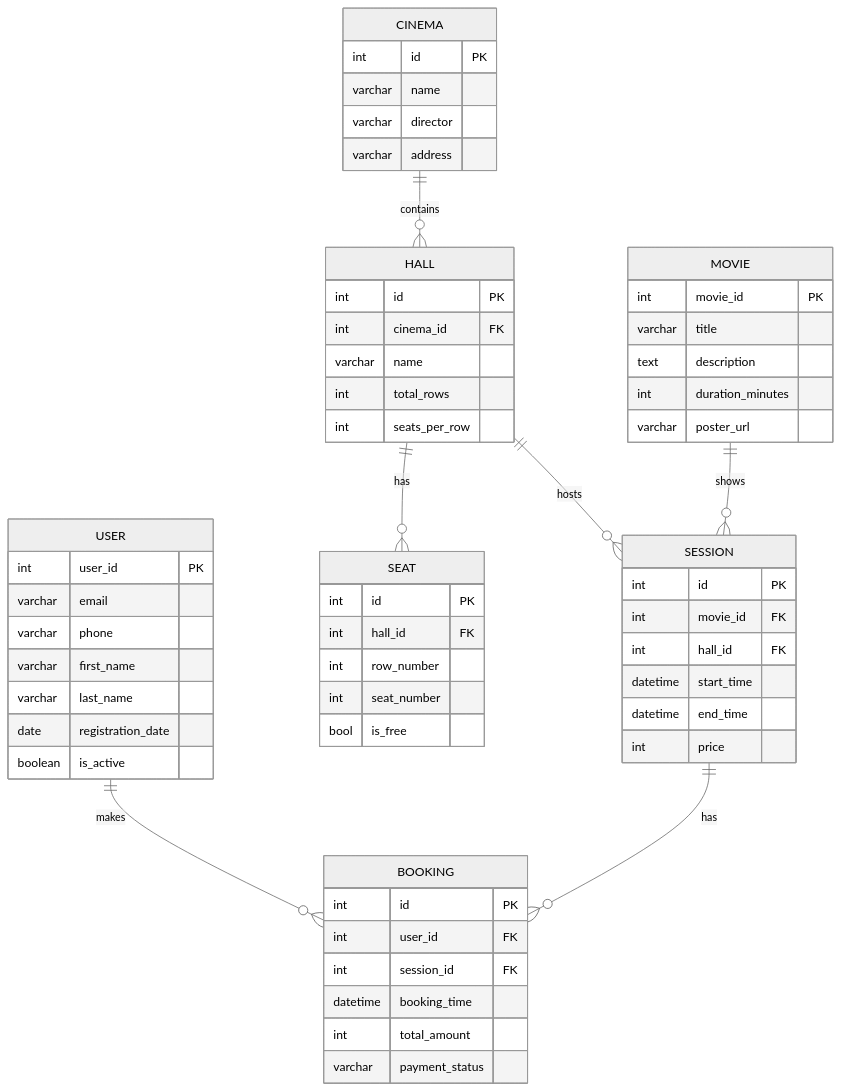
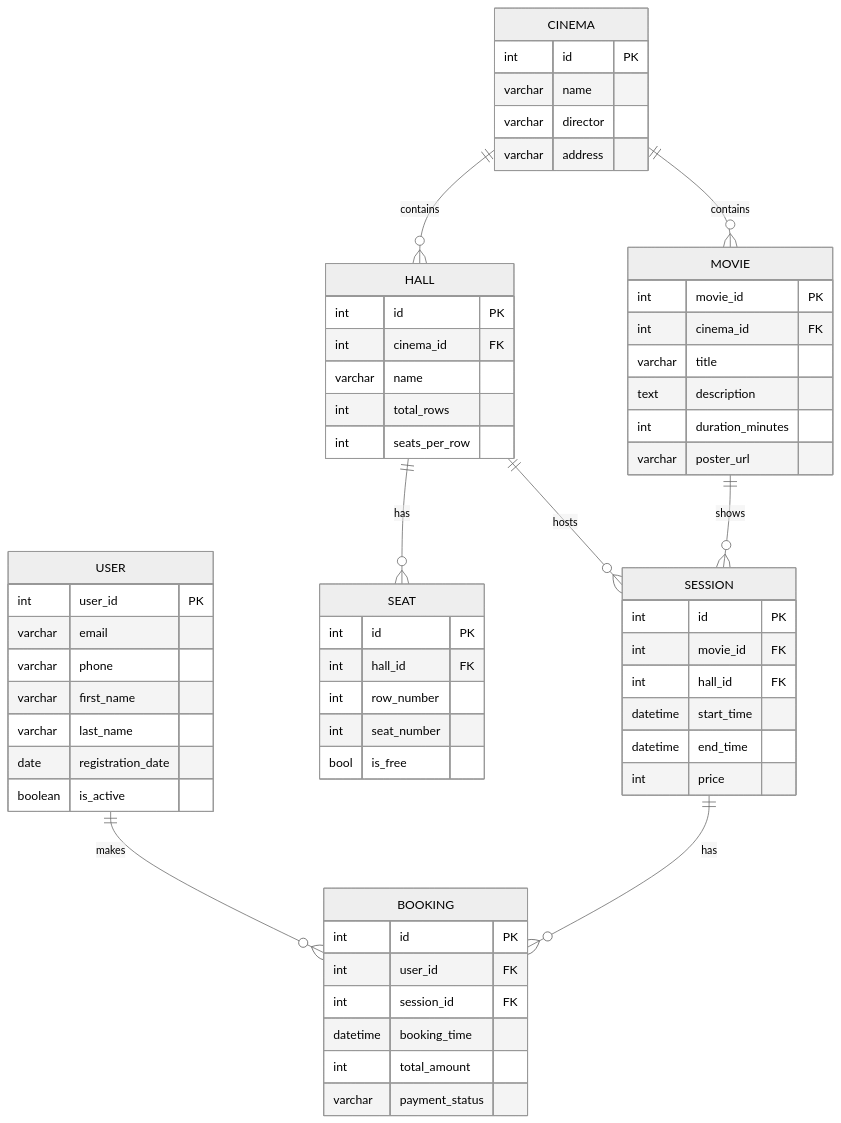
Before and after one commit to artemmel401/JavaTasks: the diagram in ER.md, drawn with Mermaid (neutral theme). The commit also changed 89 other files, not shown here.

````diff
--- a/ER.md
+++ b/ER.md
@@ -1,68 +1,70 @@
 ```mermaid
 erDiagram
 USER {
 int user_id PK
 varchar email
 varchar phone
 varchar first_name
 varchar last_name
 date registration_date
 boolean is_active
 }
 
     CINEMA {
         int id PK
         varchar name
         varchar director
         varchar address
     }
 
     HALL {
         int id PK
         int cinema_id FK
         varchar name
         int total_rows
         int seats_per_row
     }
 
     MOVIE {
         int movie_id PK
+        int cinema_id FK
         varchar title
         text description
         int duration_minutes
         varchar poster_url
     }
 
     SESSION {
         int id PK
         int movie_id FK
         int hall_id FK
         datetime start_time
         datetime end_time
         int price
     }
 
     SEAT {
         int id PK
         int hall_id FK
         int row_number
         int seat_number
         bool is_free
     }
 
     BOOKING {
         int id PK
         int user_id FK
         int session_id FK
         datetime booking_time
         int total_amount
         varchar payment_status
     }
 
     USER ||--o{ BOOKING : makes
     CINEMA ||--o{ HALL : contains
+    CINEMA ||--o{MOVIE : contains
     HALL ||--o{ SEAT : has
     HALL ||--o{ SESSION : hosts
     MOVIE ||--o{ SESSION : shows
     SESSION ||--o{ BOOKING : has
 ```
````
